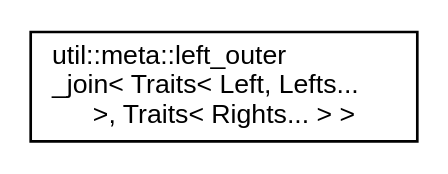
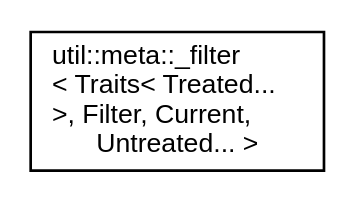
One commit to AndreasLrx/ecstasy changed the diagram in inherit_graph_73.dot. Above: the diagram before and after it, drawn with Graphviz. The commit also changed 604 other files, not shown here.

```diff
--- a/inherit_graph_73.dot
+++ b/inherit_graph_73.dot
@@ -1,8 +1,8 @@
 digraph "Graphical Class Hierarchy"
 {
  // LATEX_PDF_SIZE
   edge [fontname="Helvetica",fontsize="10",labelfontname="Helvetica",labelfontsize="10"];
   node [fontname="Helvetica",fontsize="10",shape=record];
   rankdir="LR";
-  Node0 [label="util::meta::left_outer\l_join\< Traits\< Left, Lefts...\l \>, Traits\< Rights... \> \>",height=0.2,width=0.4,color="black", fillcolor="white", style="filled",URL="$structutil_1_1meta_1_1left__outer__join_3_01_traits_3_01_left_00_01_lefts_8_8_8_01_4_00_01_traits_3_01_rights_8_8_8_01_4_01_4.html",tooltip="Performs a left outer join on two parameter pack types wrapped in Traits types (returns types in Left..."];
+  Node0 [label="util::meta::_filter\l\< Traits\< Treated...\l \>, Filter, Current,\l Untreated... \>",height=0.2,width=0.4,color="black", fillcolor="white", style="filled",URL="$structutil_1_1meta_1_1__filter_3_01_traits_3_01_treated_8_8_8_01_4_00_01_filter_00_01_current_00_01_untreated_8_8_8_01_4.html",tooltip=" "];
 }
```
